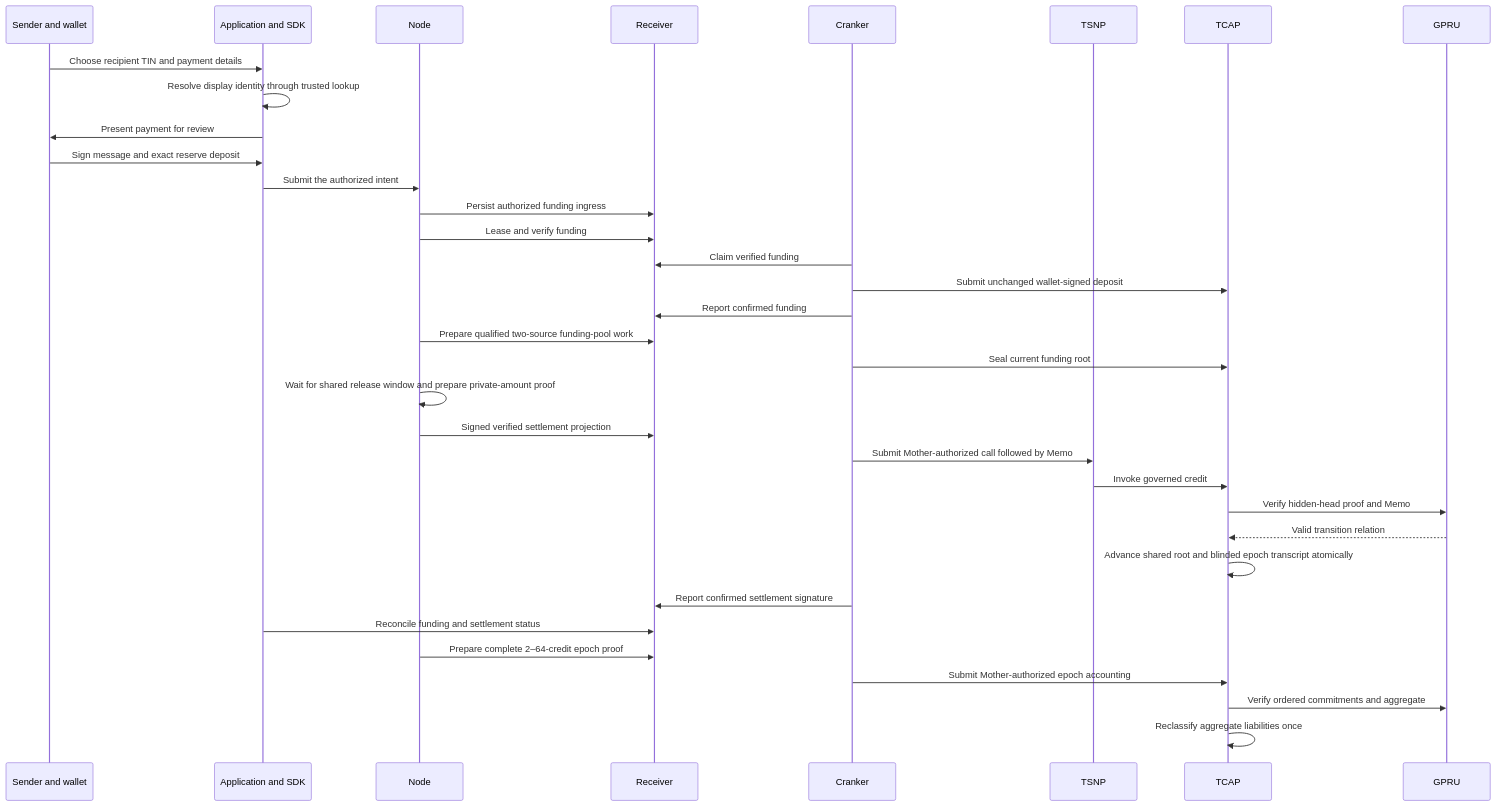
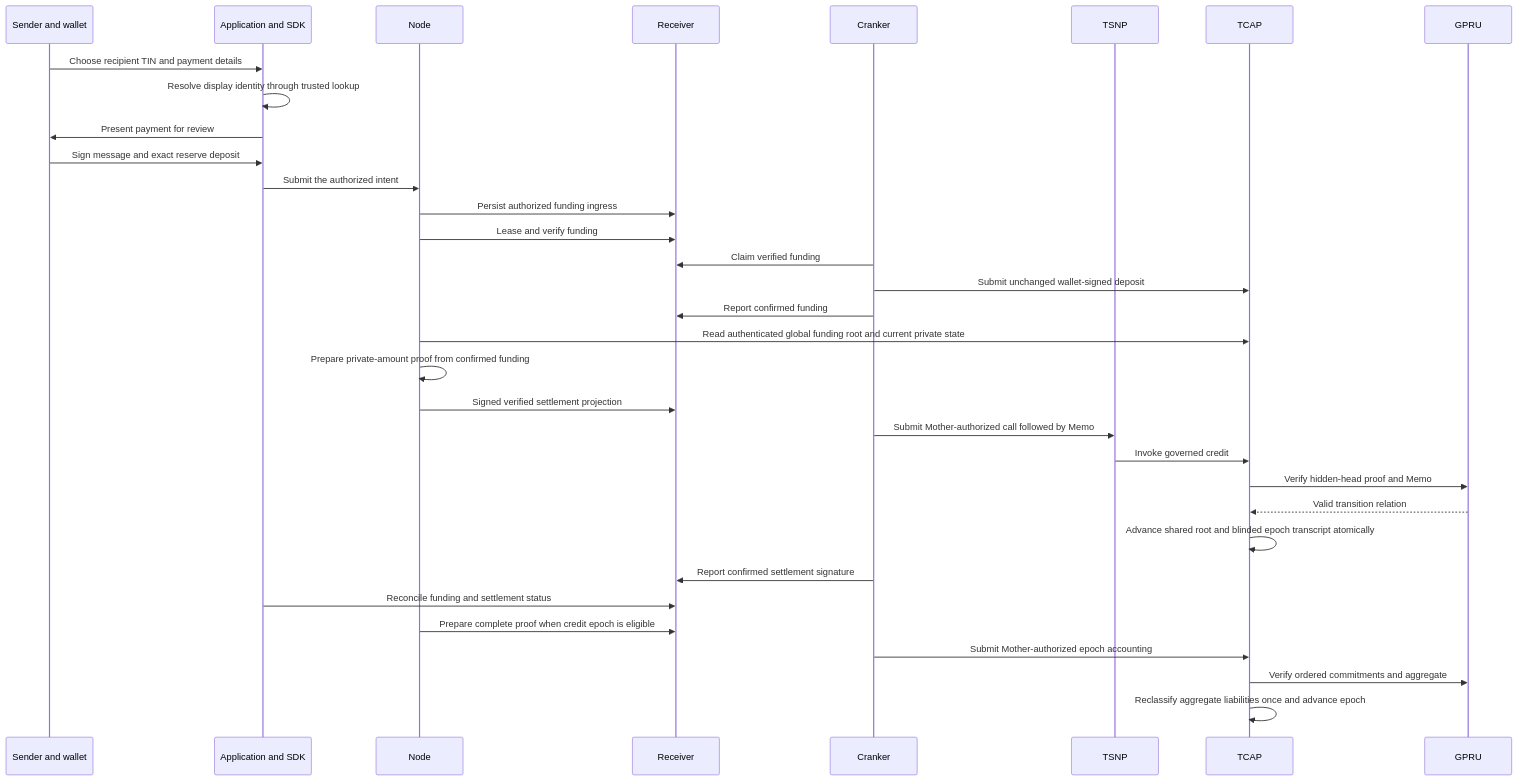
Before and after one commit to Trustlink-Labs/TSN-Protocol: the diagram in tsn-docs/overview/how-it-works.mdx, drawn with Mermaid. The commit also changed other lines of this file and 1063 other files, not shown here.

````diff
--- a/tsn-docs/overview/how-it-works.mdx
+++ b/tsn-docs/overview/how-it-works.mdx
@@ -10,37 +10,36 @@
 ```mermaid
 sequenceDiagram
     participant S as Sender and wallet
     participant A as Application and SDK
     participant N as Node
     participant R as Receiver
     participant K as Cranker
     participant P as TSNP
     participant T as TCAP
     participant G as GPRU
 
     S->>A: Choose recipient TIN and payment details
     A->>A: Resolve display identity through trusted lookup
     A->>S: Present payment for review
     S->>A: Sign message and exact reserve deposit
     A->>N: Submit the authorized intent
     N->>R: Persist authorized funding ingress
     N->>R: Lease and verify funding
     K->>R: Claim verified funding
     K->>T: Submit unchanged wallet-signed deposit
     K->>R: Report confirmed funding
-    N->>R: Prepare qualified two-source funding-pool work
-    K->>T: Seal current funding root
-    N->>N: Wait for shared release window and prepare private-amount proof
+    N->>T: Read authenticated global funding root and current private state
+    N->>N: Prepare private-amount proof from confirmed funding
     N->>R: Signed verified settlement projection
     K->>P: Submit Mother-authorized call followed by Memo
     P->>T: Invoke governed credit
     T->>G: Verify hidden-head proof and Memo
     G-->>T: Valid transition relation
     T->>T: Advance shared root and blinded epoch transcript atomically
     K->>R: Report confirmed settlement signature
     A->>R: Reconcile funding and settlement status
-    N->>R: Prepare complete 2–64-credit epoch proof
+    N->>R: Prepare complete proof when credit epoch is eligible
     K->>T: Submit Mother-authorized epoch accounting
     T->>G: Verify ordered commitments and aggregate
-    T->>T: Reclassify aggregate liabilities once
+    T->>T: Reclassify aggregate liabilities once and advance epoch
 ```
````
